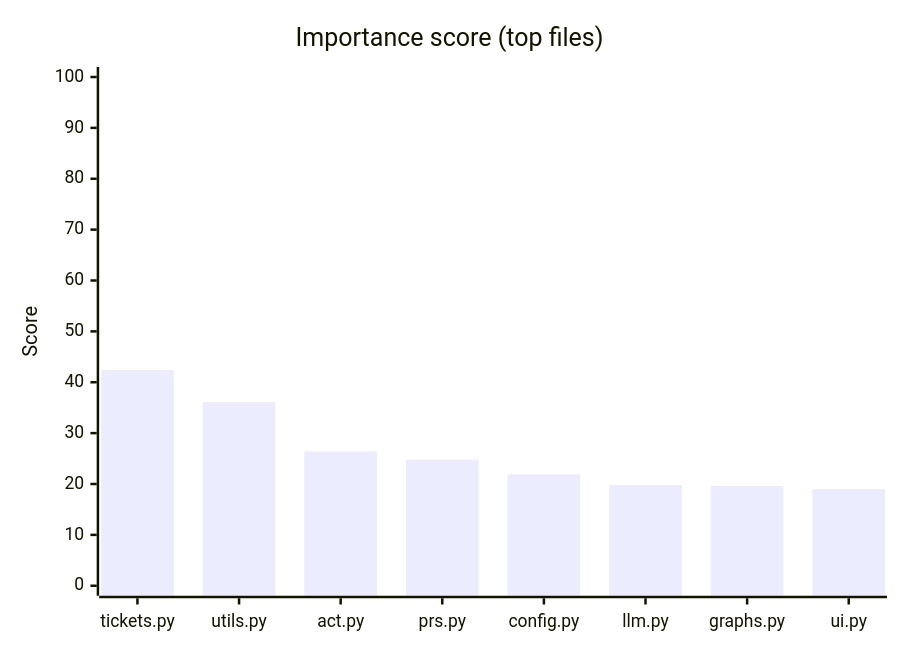
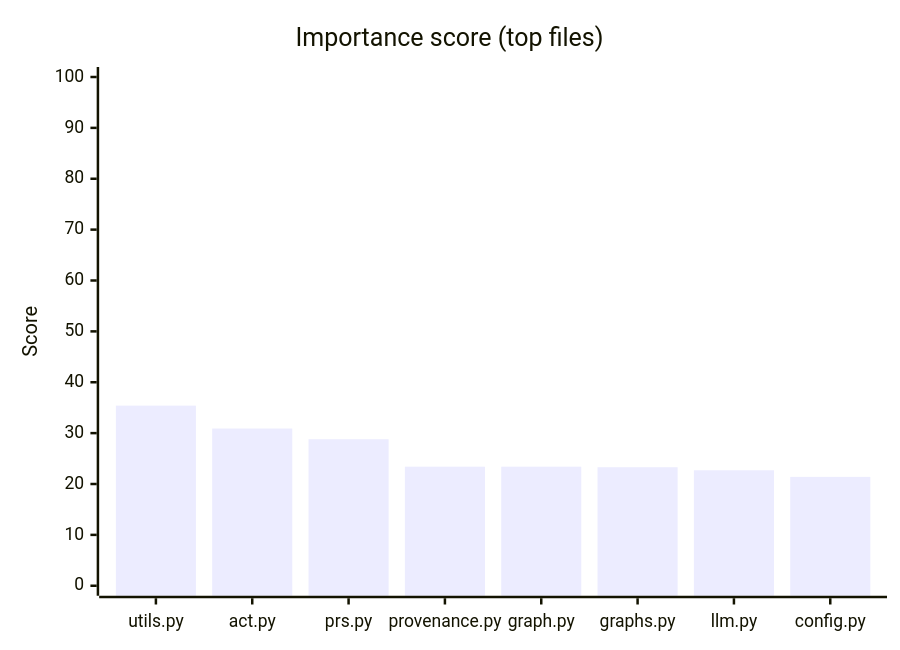
Before and after one commit to hhleroy97/repo-scan: the first of 2 diagrams in docs/index.md, drawn with Mermaid. The commit also changed other lines of this file and 16 other files, not shown here.

````diff
--- a/docs/index.md
+++ b/docs/index.md
@@ -57,7 +57,7 @@
 ```mermaid
 xychart-beta
     title "Importance score (top files)"
-    x-axis ["tickets.py", "utils.py", "act.py", "prs.py", "config.py", "llm.py", "graphs.py", "ui.py"]
+    x-axis ["utils.py", "act.py", "prs.py", "provenance.py", "graph.py", "graphs.py", "llm.py", "config.py"]
     y-axis "Score" 0 --> 100
-    bar [42.4, 36.1, 26.4, 24.8, 21.9, 19.8, 19.6, 19]
+    bar [35.4, 30.9, 28.8, 23.4, 23.4, 23.3, 22.7, 21.4]
 ```
````
